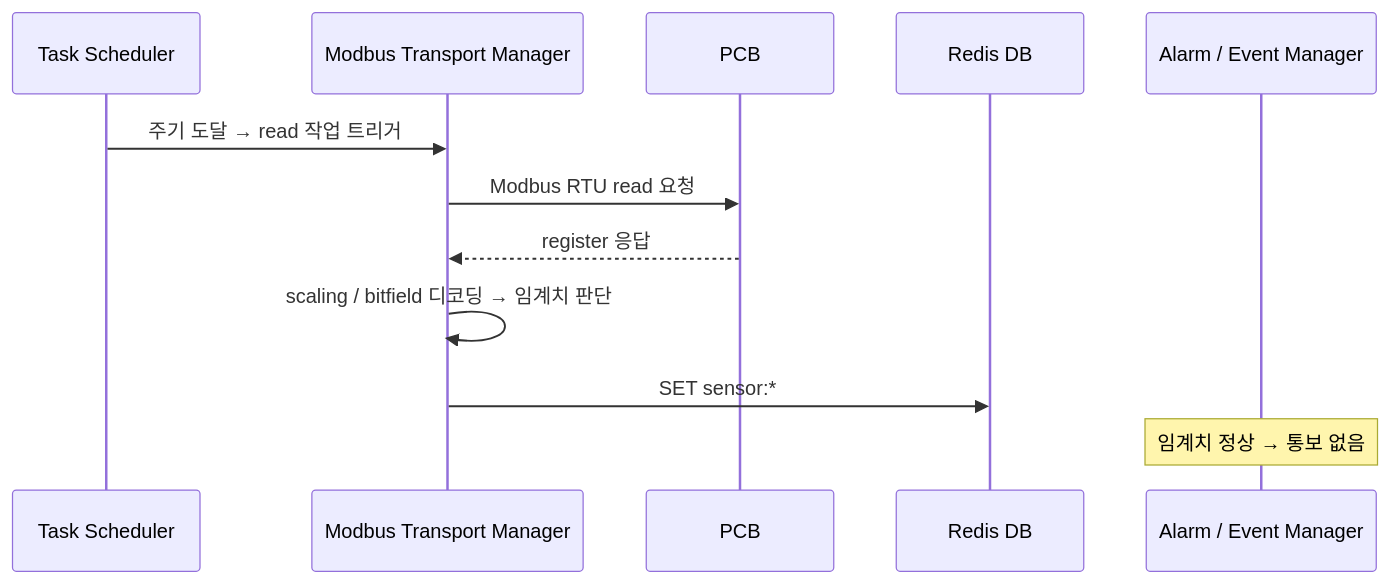
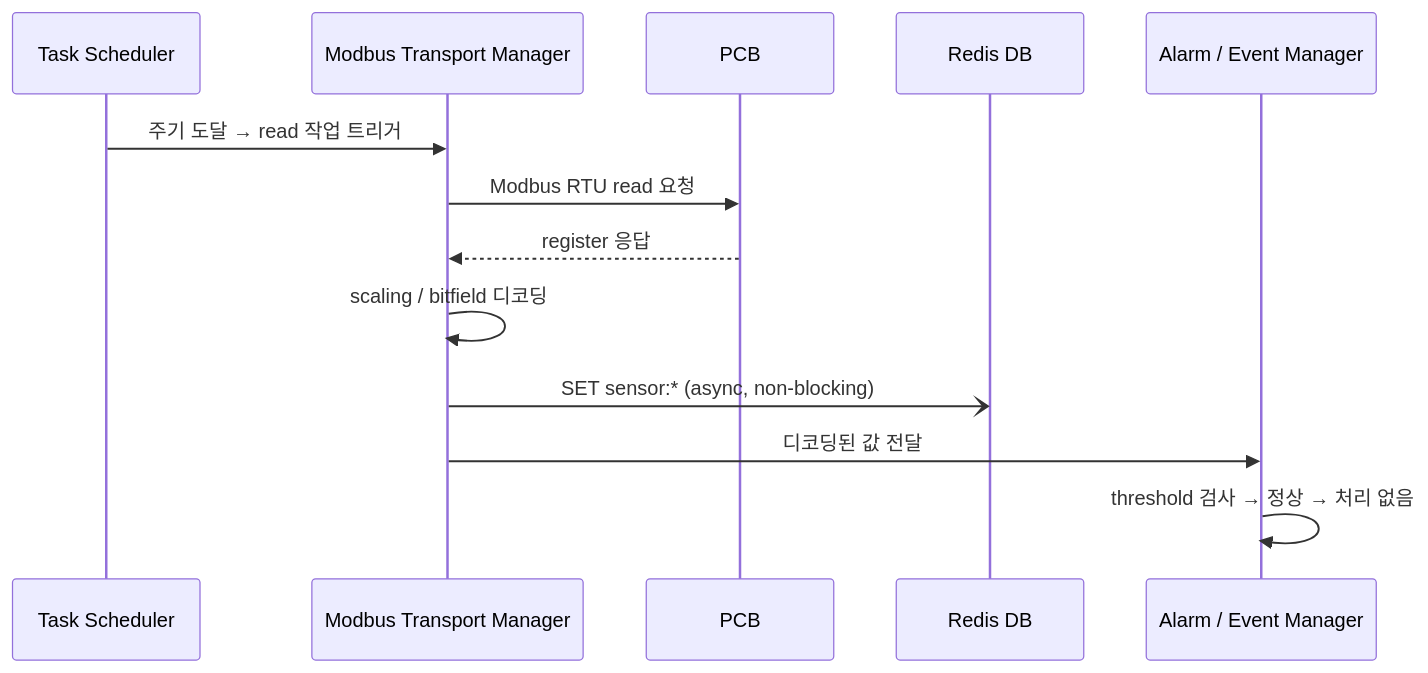
One commit to DEEPGadget/L2A_CDU_system changed the first of 3 diagrams in docs/PCG.md. Above: the diagram before and after it, drawn with Mermaid. The commit also changed other lines of this file, not shown here.

````diff
--- a/docs/PCG.md
+++ b/docs/PCG.md
@@ -167,15 +163,16 @@
 ```mermaid
 sequenceDiagram
     participant PS as Task Scheduler
     participant MTM as Modbus Transport Manager
     participant PCB as PCB
     participant Redis as Redis DB
     participant AEM as Alarm / Event Manager
 
     PS->>MTM: 주기 도달 → read 작업 트리거
     MTM->>PCB: Modbus RTU read 요청
     PCB-->>MTM: register 응답
-    MTM->>MTM: scaling / bitfield 디코딩 → 임계치 판단
-    MTM->>Redis: SET sensor:*
-    Note over AEM: 임계치 정상 → 통보 없음
+    MTM->>MTM: scaling / bitfield 디코딩
+    MTM-)Redis: SET sensor:* (async, non-blocking)
+    MTM->>AEM: 디코딩된 값 전달
+    AEM->>AEM: threshold 검사 → 정상 → 처리 없음
 ```
````
